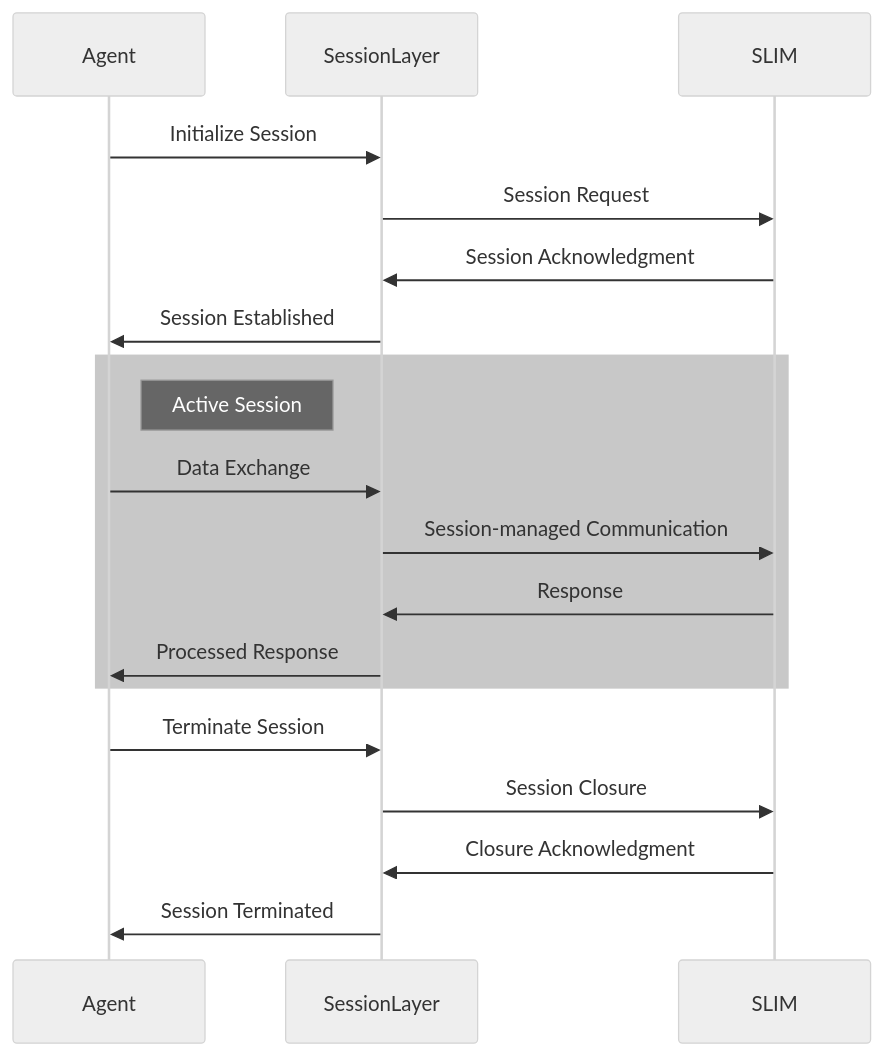
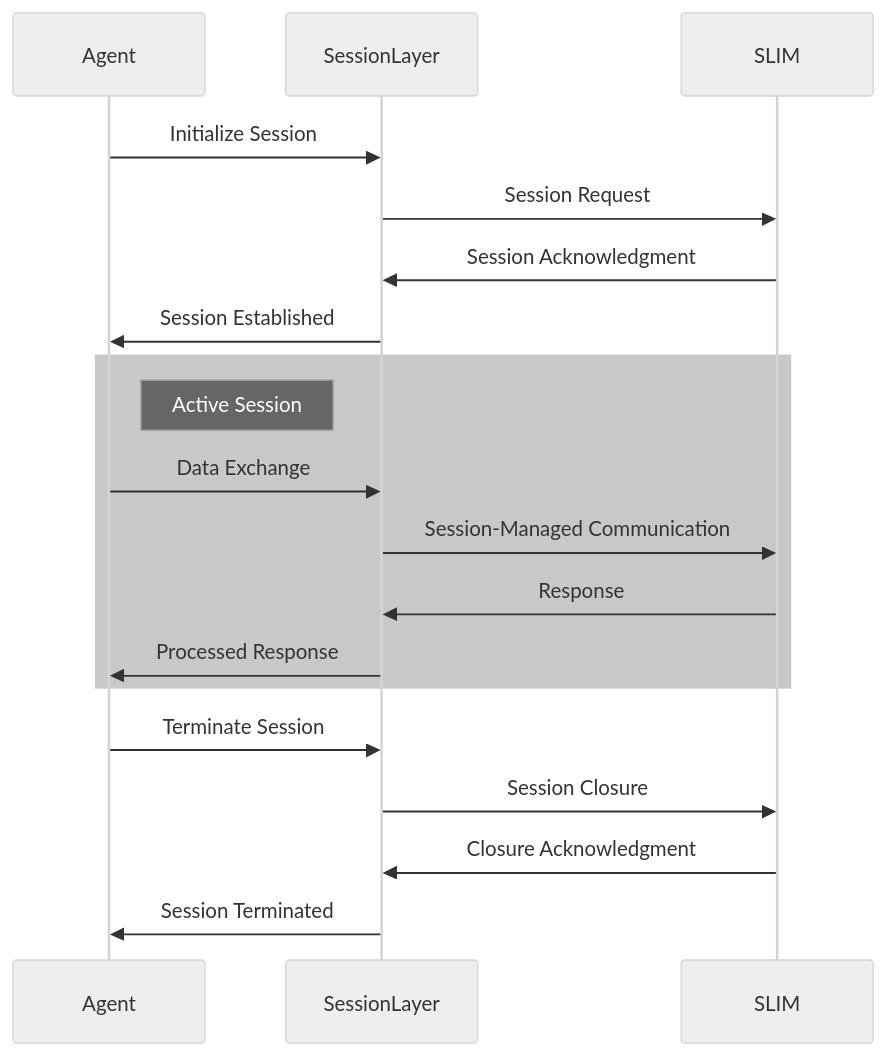
The diagram in docs/messaging/slim-session-layer.md (agntcy/docs), drawn with Mermaid (neutral theme) before and after one commit. The commit also changed other lines of this file and 7 other files, not shown here.

````diff
--- a/docs/messaging/slim-session-layer.md
+++ b/docs/messaging/slim-session-layer.md
@@ -7,24 +7,24 @@
 ```mermaid
 sequenceDiagram
     participant Agent
     participant SessionLayer
     participant SLIM
 
     Agent->>SessionLayer: Initialize Session
     SessionLayer->>SLIM: Session Request
     SLIM->>SessionLayer: Session Acknowledgment
     SessionLayer->>Agent: Session Established
 
     rect rgb(200, 200, 200)
         note right of Agent: Active Session
         Agent->>SessionLayer: Data Exchange
-        SessionLayer->>SLIM: Session-managed Communication
+        SessionLayer->>SLIM: Session-Managed Communication
         SLIM->>SessionLayer: Response
         SessionLayer->>Agent: Processed Response
     end
 
     Agent->>SessionLayer: Terminate Session
     SessionLayer->>SLIM: Session Closure
     SLIM->>SessionLayer: Closure Acknowledgment
     SessionLayer->>Agent: Session Terminated
 ```
````
